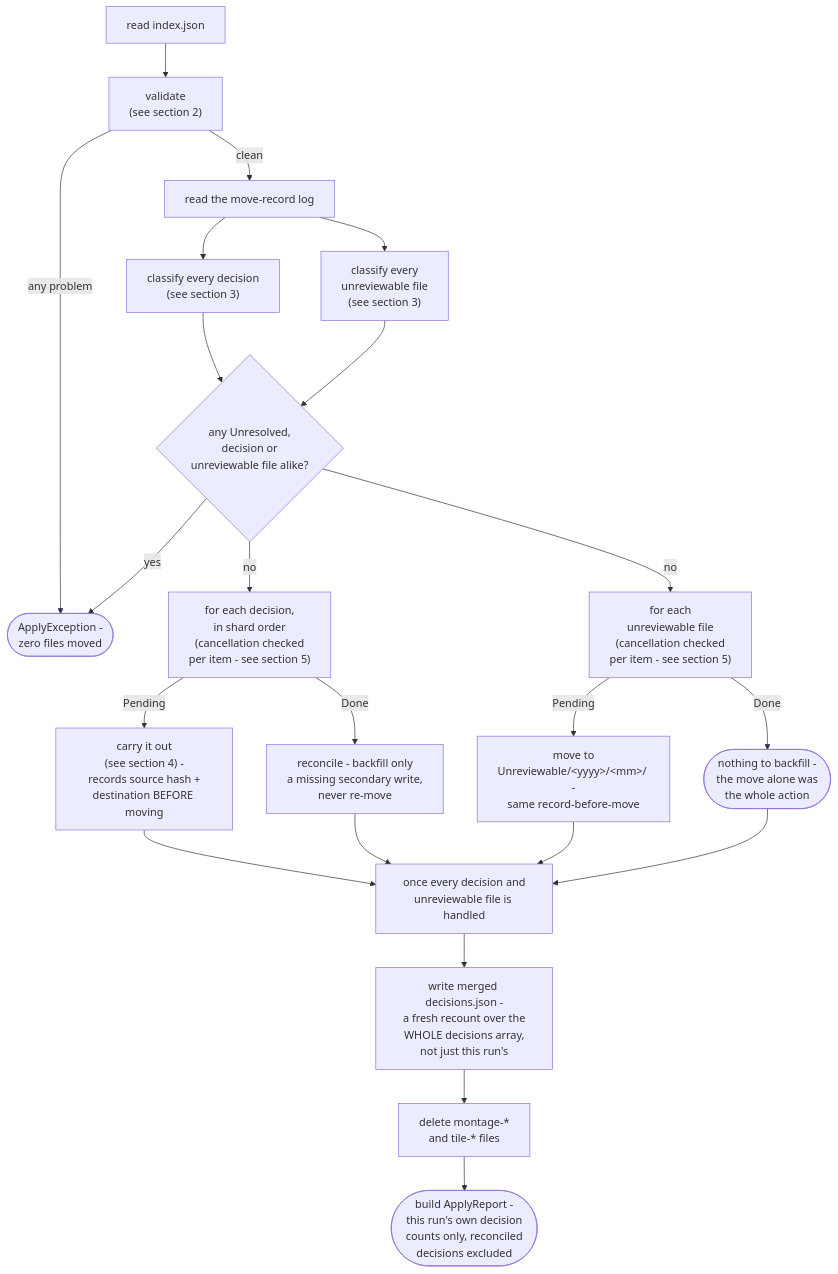
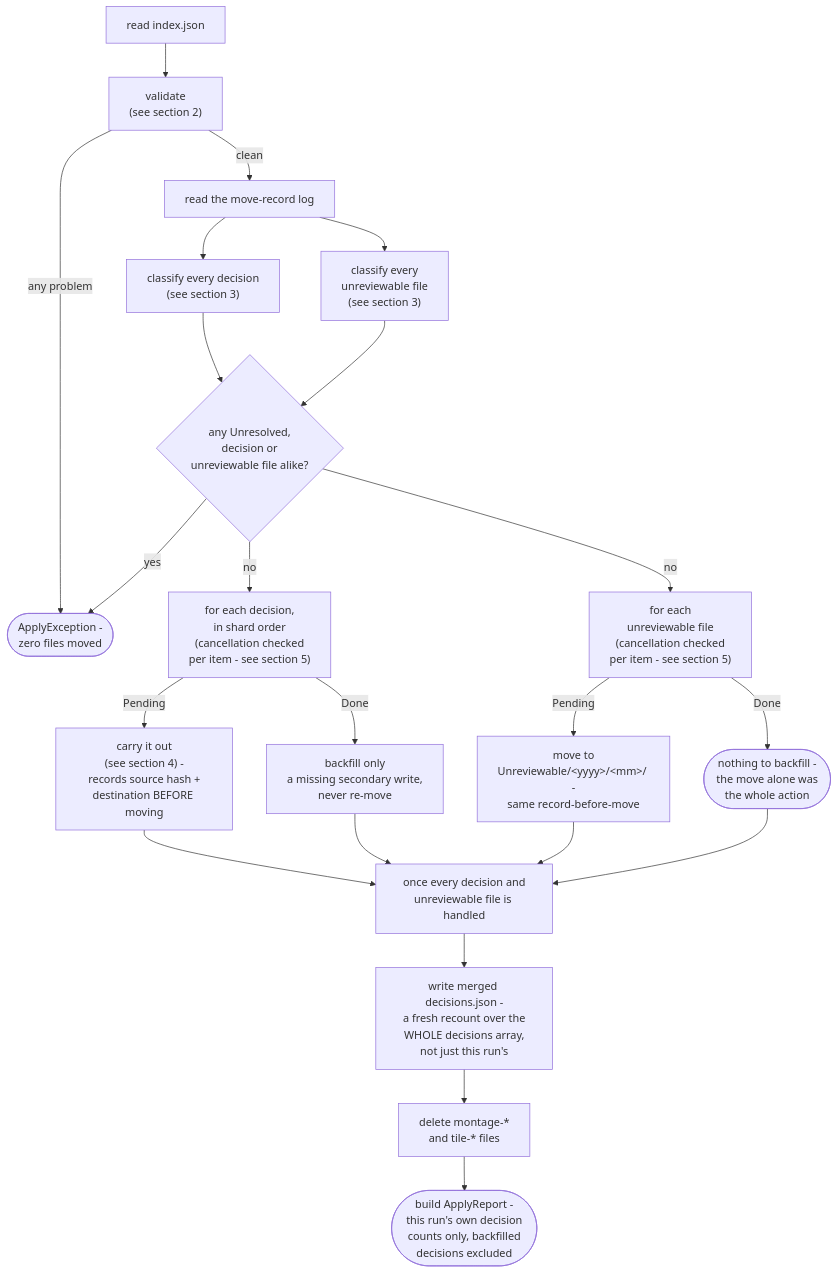
Before and after one commit to AdrianNachev91/sluice: the first of 6 diagrams in app/docs/design/application/service/apply-engine.md, drawn with Mermaid. The commit also changed other lines of this file and 8 other files, not shown here.

First line of the commit message:
feat(java-port): Phase 13-prep - chunk 3 ApplyEngine.reconcile + disaster drawer

````diff
--- a/app/docs/design/application/service/apply-engine.md
+++ b/app/docs/design/application/service/apply-engine.md
@@ -10,24 +10,24 @@
 ```mermaid
 flowchart TD
     A["read index.json"] --> B["validate<br/>(see section 2)"]
     B -- any problem --> Z(["ApplyException -<br/>zero files moved"])
     B -- clean --> C["read the move-record log"]
     C --> D["classify every decision<br/>(see section 3)"]
     C --> D2["classify every<br/>unreviewable file<br/>(see section 3)"]
     D --> F{"any Unresolved,<br/>decision or<br/>unreviewable file alike?"}
     D2 --> F
     F -- yes --> Z
     F -- no --> E["for each decision,<br/>in shard order<br/>(cancellation checked<br/>per item - see section 5)"]
     F -- no --> E2["for each<br/>unreviewable file<br/>(cancellation checked<br/>per item - see section 5)"]
     E -- Pending --> G["carry it out<br/>(see section 4) -<br/>records source hash +<br/>destination BEFORE moving"]
-    E -- Done --> H["reconcile - backfill only<br/>a missing secondary write,<br/>never re-move"]
+    E -- Done --> H["backfill only<br/>a missing secondary write,<br/>never re-move"]
     E2 -- Pending --> G2["move to<br/>Unreviewable/&lt;yyyy&gt;/&lt;mm&gt;/ -<br/>same record-before-move"]
     E2 -- Done --> H2(["nothing to backfill -<br/>the move alone was<br/>the whole action"])
     G --> I["once every decision and<br/>unreviewable file is handled"]
     H --> I
     G2 --> I
     H2 --> I
     I --> J["write merged decisions.json -<br/>a fresh recount over the<br/>WHOLE decisions array,<br/>not just this run's"]
     J --> K["delete montage-*<br/>and tile-* files"]
-    K --> L(["build ApplyReport -<br/>this run's own decision<br/>counts only, reconciled<br/>decisions excluded"])
+    K --> L(["build ApplyReport -<br/>this run's own decision<br/>counts only, backfilled<br/>decisions excluded"])
 ```
````
